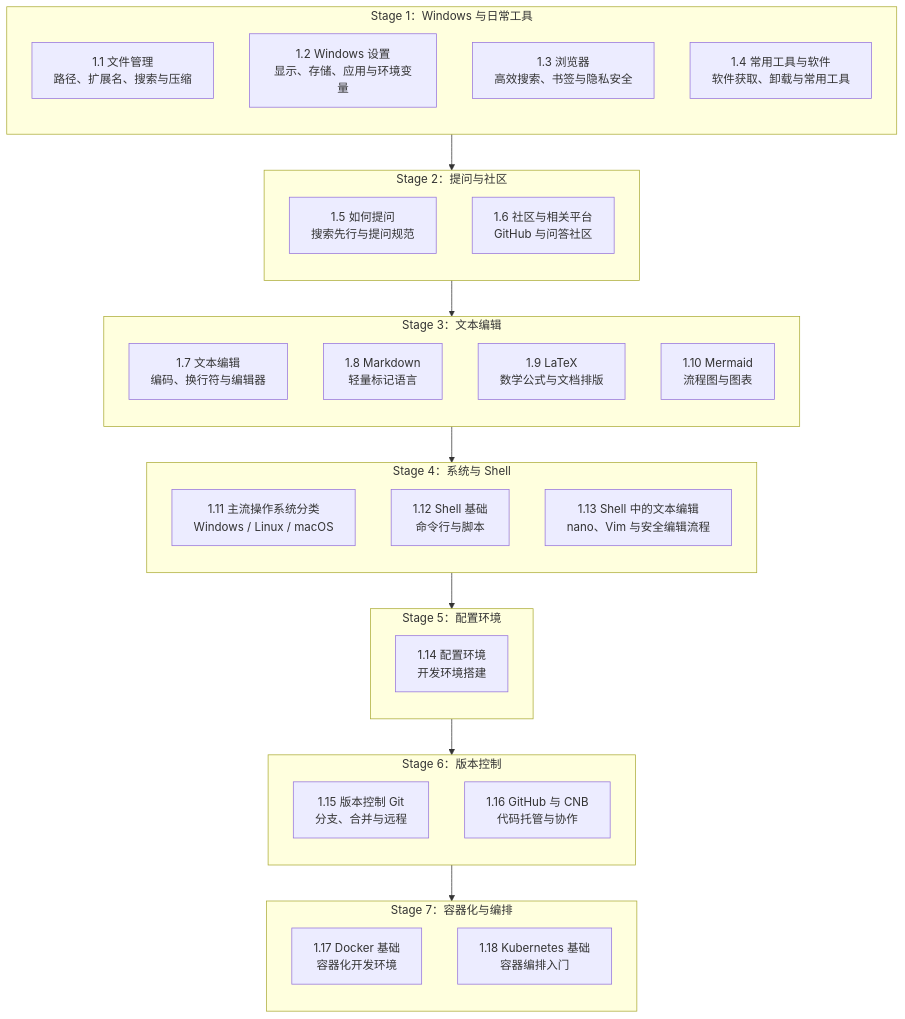
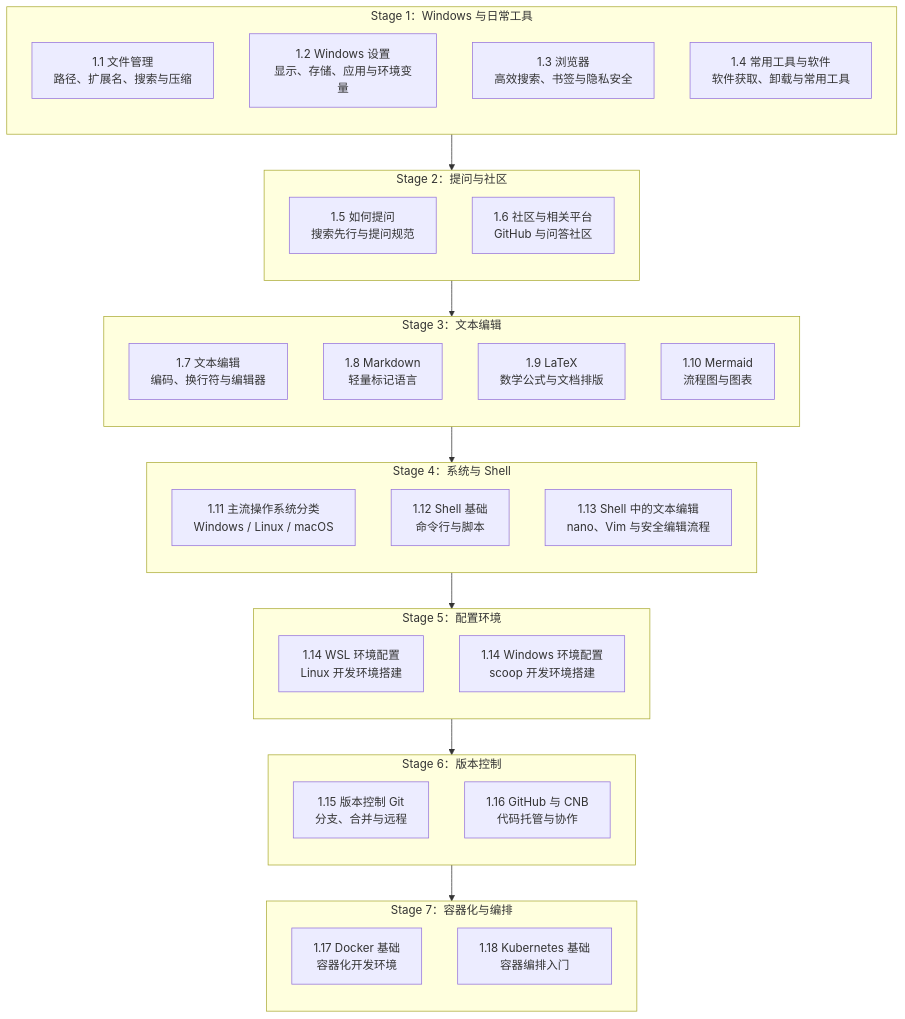
One commit to SSJ-ZYJ/Neoverse-Doc changed the diagram in content/docs/zh/ch1/index.mdx. Above: the diagram before and after it, drawn with Mermaid. The commit also changed other lines of this file and 59 other files, not shown here.

First line of the commit message:
feat(content): 建立分类注册表与内容图谱

````diff
--- a/content/docs/zh/ch1/index.mdx
+++ b/content/docs/zh/ch1/index.mdx
@@ -27,50 +27,51 @@
 ```mermaid
 flowchart TD
     subgraph S1[Stage 1：Windows 与日常工具]
         direction TB
         S1_1["1.1 文件管理<br/>路径、扩展名、搜索与压缩"]
         S1_2["1.2 Windows 设置<br/>显示、存储、应用与环境变量"]
         S1_3["1.3 浏览器<br/>高效搜索、书签与隐私安全"]
         S1_4["1.4 常用工具与软件<br/>软件获取、卸载与常用工具"]
     end
 
     subgraph S2[Stage 2：提问与社区]
         direction TB
         S2_1["1.5 如何提问<br/>搜索先行与提问规范"]
         S2_2["1.6 社区与相关平台<br/>GitHub 与问答社区"]
     end
 
     subgraph S3[Stage 3：文本编辑]
         direction TB
         S3_1["1.7 文本编辑<br/>编码、换行符与编辑器"]
         S3_2["1.8 Markdown<br/>轻量标记语言"]
         S3_3["1.9 LaTeX<br/>数学公式与文档排版"]
         S3_4["1.10 Mermaid<br/>流程图与图表"]
     end
 
     subgraph S4[Stage 4：系统与 Shell]
         direction TB
         S4_1["1.11 主流操作系统分类<br/>Windows / Linux / macOS"]
         S4_2["1.12 Shell 基础<br/>命令行与脚本"]
         S4_3["1.13 Shell 中的文本编辑<br/>nano、Vim 与安全编辑流程"]
     end
 
     subgraph S5[Stage 5：配置环境]
         direction TB
-        S5_1["1.14 配置环境<br/>开发环境搭建"]
+        S5_1["1.14 WSL 环境配置<br/>Linux 开发环境搭建"]
+        S5_2["1.14 Windows 环境配置<br/>scoop 开发环境搭建"]
     end
 
     subgraph S6[Stage 6：版本控制]
         direction TB
         S6_1["1.15 版本控制 Git<br/>分支、合并与远程"]
         S6_2["1.16 GitHub 与 CNB<br/>代码托管与协作"]
     end
 
     subgraph S7[Stage 7：容器化与编排]
         direction TB
         S7_1["1.17 Docker 基础<br/>容器化开发环境"]
         S7_2["1.18 Kubernetes 基础<br/>容器编排入门"]
     end
 
     S1 --> S2 --> S3 --> S4 --> S5 --> S6 --> S7
 ```
````
